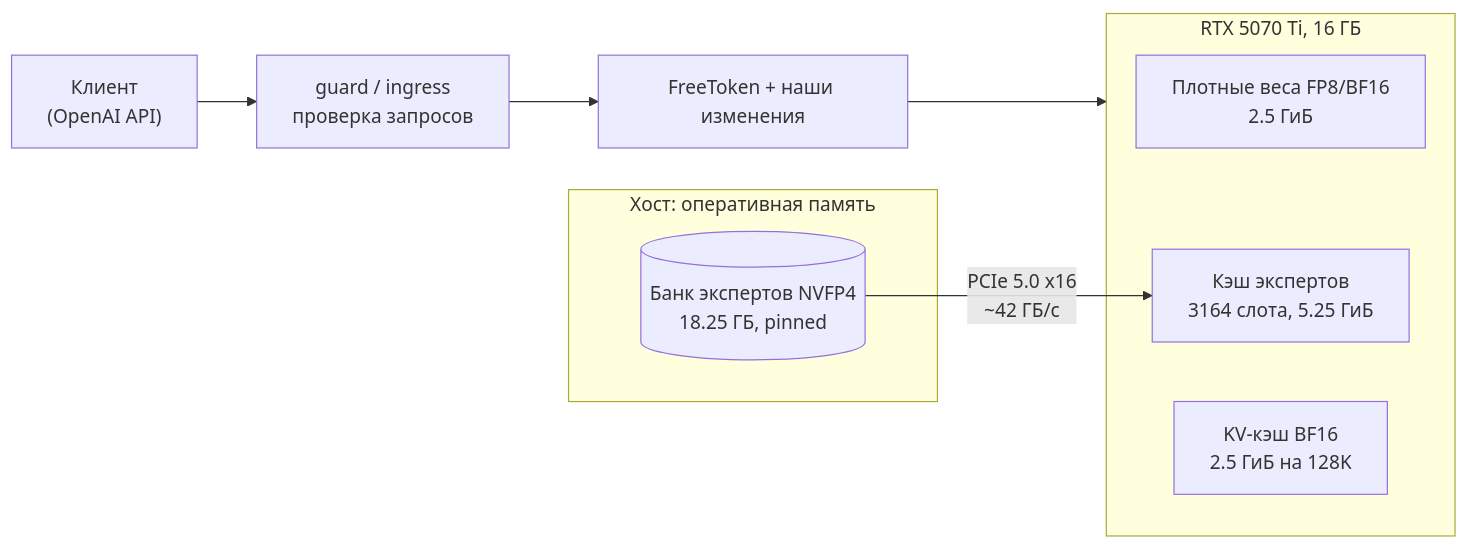
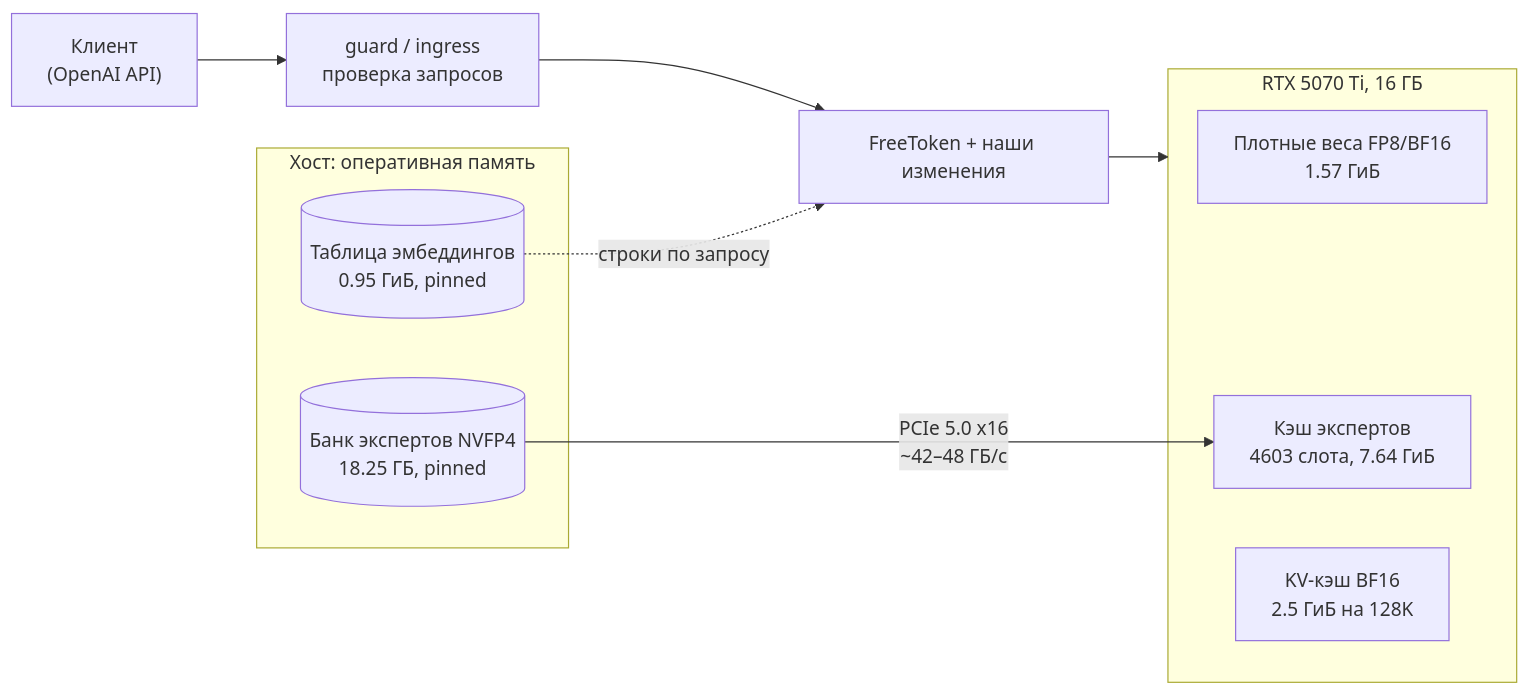
The first of 4 diagrams in README.md (SUKUNA-AI/qwen36-moe-16gb), drawn with Mermaid before and after one commit. The commit also changed other lines of this file and 25 other files, not shown here.

````diff
--- a/README.md
+++ b/README.md
@@ -46,15 +47,17 @@
 ```mermaid
 flowchart LR
     client["Клиент<br/>(OpenAI API)"] --> guard["guard / ingress<br/>проверка запросов"]
     guard --> engine["FreeToken + наши изменения"]
     subgraph host["Хост: оперативная память"]
         bank[("Банк экспертов NVFP4<br/>18.25 ГБ, pinned")]
+        emb[("Таблица эмбеддингов<br/>0.95 ГиБ, pinned")]
     end
     subgraph gpu["RTX 5070 Ti, 16 ГБ"]
-        dense["Плотные веса FP8/BF16<br/>2.5 ГиБ"]
-        slots["Кэш экспертов<br/>3164 слота, 5.25 ГиБ"]
+        dense["Плотные веса FP8/BF16<br/>1.57 ГиБ"]
+        slots["Кэш экспертов<br/>4603 слота, 7.64 ГиБ"]
         kv["KV-кэш BF16<br/>2.5 ГиБ на 128K"]
     end
-    bank -- "PCIe 5.0 x16<br/>~42 ГБ/с" --> slots
+    bank -- "PCIe 5.0 x16<br/>~42–48 ГБ/с" --> slots
+    emb -. "строки по запросу" .-> engine
     engine --> gpu
 ```
````
